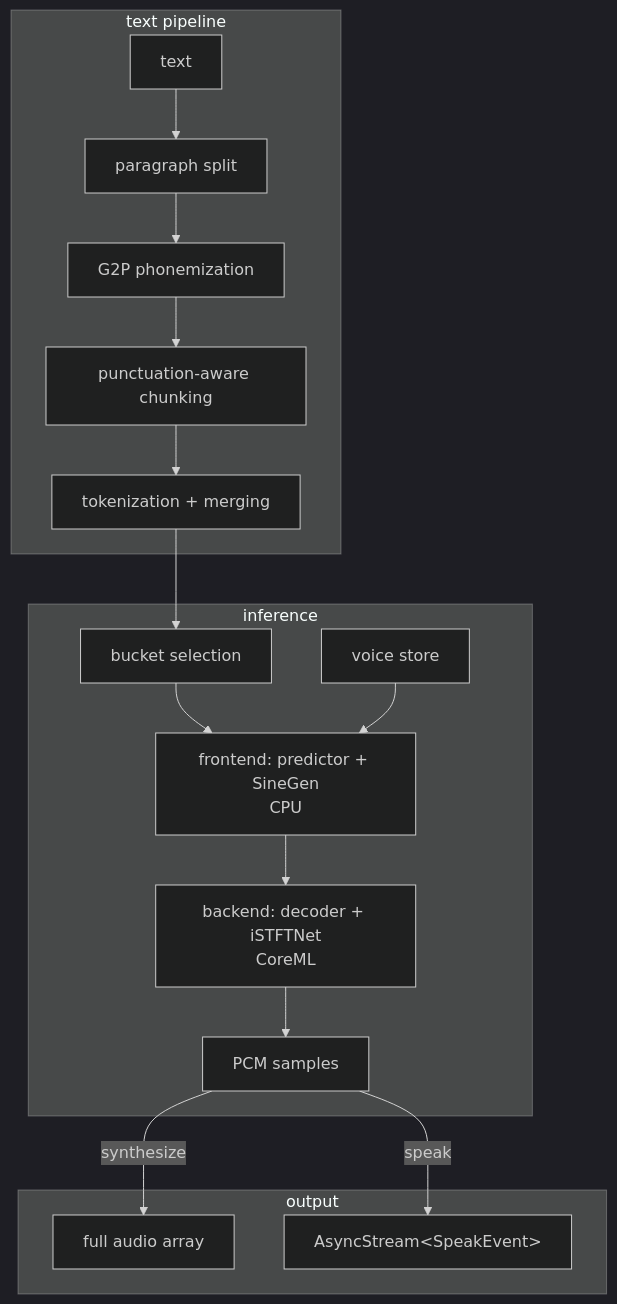
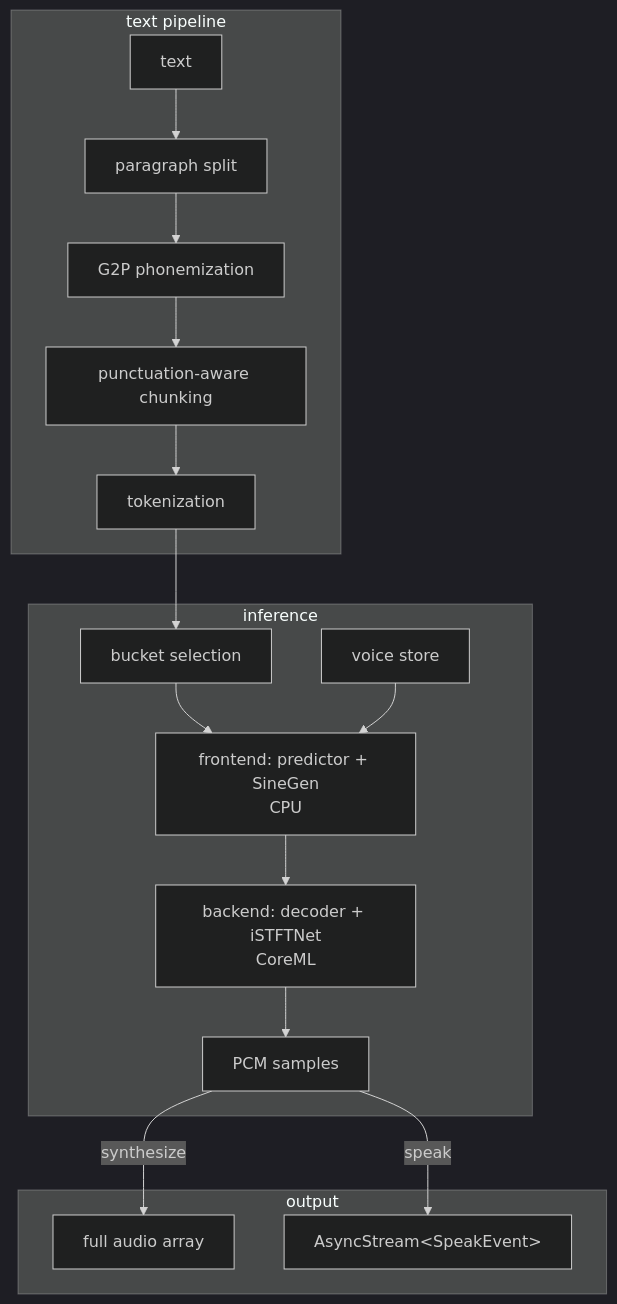
Before and after one commit to Jud/kokoro-tts-swift: the second of 2 diagrams in README.md, drawn with Mermaid (dark theme). The commit also changed other lines of this file and 14 other files, not shown here.

````diff
--- a/README.md
+++ b/README.md
@@ -143,22 +136,22 @@
 ```mermaid
 graph TD
     subgraph "text pipeline"
         T1[text] --> T2[paragraph split]
         T2 --> T3[G2P phonemization]
         T3 --> T4[punctuation-aware chunking]
-        T4 --> T5[tokenization + merging]
+        T4 --> T5[tokenization]
     end
 
     subgraph "inference"
         T5 --> I1[bucket selection]
         I1 --> I2[frontend: predictor + SineGen<br/>CPU]
         V[voice store] --> I2
         I2 --> I3[backend: decoder + iSTFTNet<br/>CoreML]
         I3 --> I4[PCM samples]
     end
 
     subgraph "output"
         I4 -->|synthesize| O1[full audio array]
         I4 -->|speak| O2[AsyncStream&lt;SpeakEvent&gt;]
     end
 ```
````
